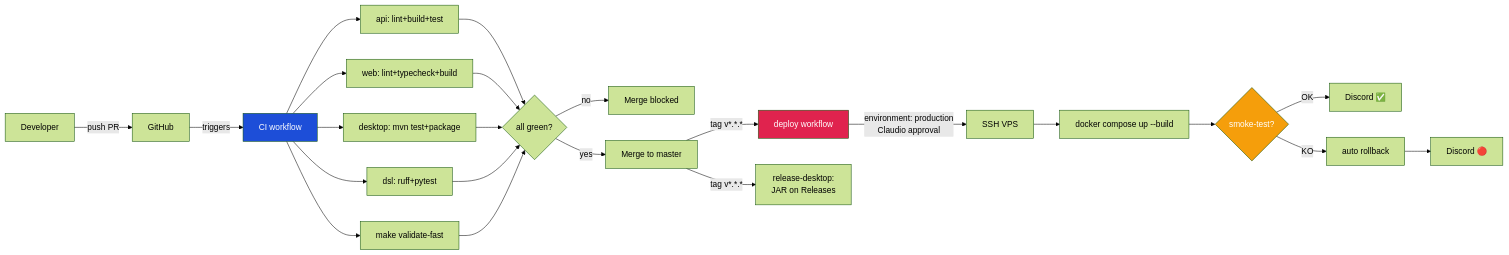
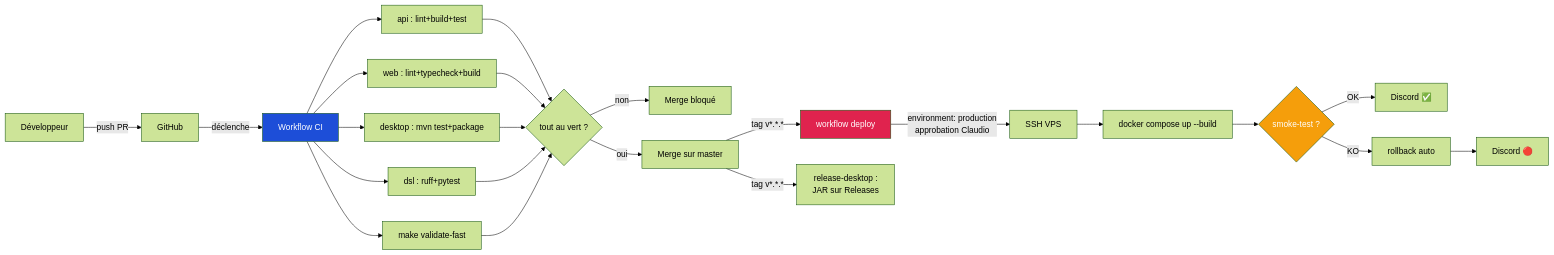
One commit to creibaud/QuartierConnect changed diagram 20 of 21 in docs/ARCHITECTURE.md. Above: the diagram before and after it, drawn with Mermaid (forest theme). The commit also changed other lines of this file and 27 other files, not shown here.

````diff
--- a/docs/ARCHITECTURE.md
+++ b/docs/ARCHITECTURE.md
@@ -824,29 +866,29 @@
 ```mermaid
 graph LR
-    DEV[Developer] -->|push PR| GH[GitHub]
-    GH -->|triggers| CI[CI workflow]
+    DEV[Développeur] -->|push PR| GH[GitHub]
+    GH -->|déclenche| CI[Workflow CI]
 
-    CI --> J1[api: lint+build+test]
-    CI --> J2[web: lint+typecheck+build]
-    CI --> J3[desktop: mvn test+package]
-    CI --> J4[dsl: ruff+pytest]
+    CI --> J1[api : lint+build+test]
+    CI --> J2[web : lint+typecheck+build]
+    CI --> J3[desktop : mvn test+package]
+    CI --> J4[dsl : ruff+pytest]
     CI --> J5[make validate-fast]
 
-    J1 & J2 & J3 & J4 & J5 --> OK{all green?}
-    OK -->|no| BLOCK[Merge blocked]
-    OK -->|yes| MERGE[Merge to master]
+    J1 & J2 & J3 & J4 & J5 --> OK{tout au vert ?}
+    OK -->|non| BLOCK[Merge bloqué]
+    OK -->|oui| MERGE[Merge sur master]
 
-    MERGE -->|tag v*.*.*| DEPLOY[deploy workflow]
-    MERGE -->|tag v*.*.*| REL[release-desktop:<br/>JAR on Releases]
+    MERGE -->|tag v*.*.*| DEPLOY[workflow deploy]
+    MERGE -->|tag v*.*.*| REL[release-desktop :<br/>JAR sur Releases]
 
-    DEPLOY -->|environment: production<br/>Claudio approval| SSH[SSH VPS]
+    DEPLOY -->|environment: production<br/>approbation Claudio| SSH[SSH VPS]
     SSH --> BUILD[docker compose up --build]
-    BUILD --> SMOKE{smoke-test?}
+    BUILD --> SMOKE{smoke-test ?}
     SMOKE -->|OK| DISCORD1[Discord ✅]
-    SMOKE -->|KO| RB[auto rollback]
+    SMOKE -->|KO| RB[rollback auto]
     RB --> DISCORD2[Discord 🔴]
 
     style CI fill:#1D4ED8,color:#fff
     style DEPLOY fill:#E0234E,color:#fff
     style SMOKE fill:#f59e0b,color:#fff
 ```
````
